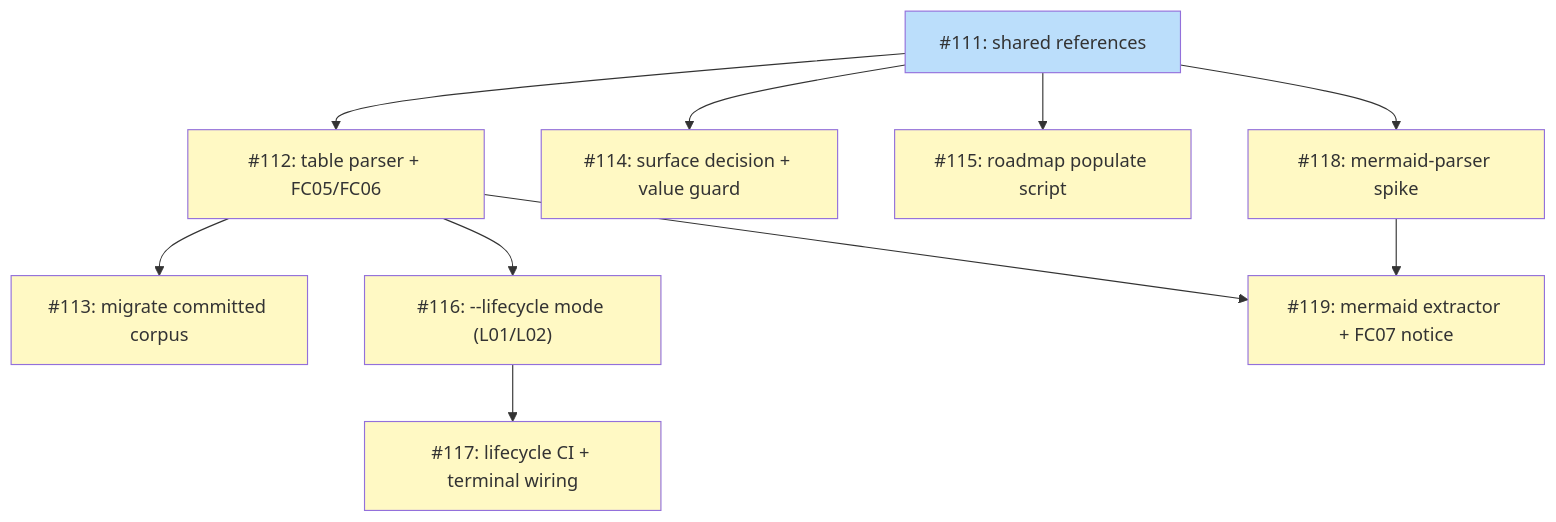
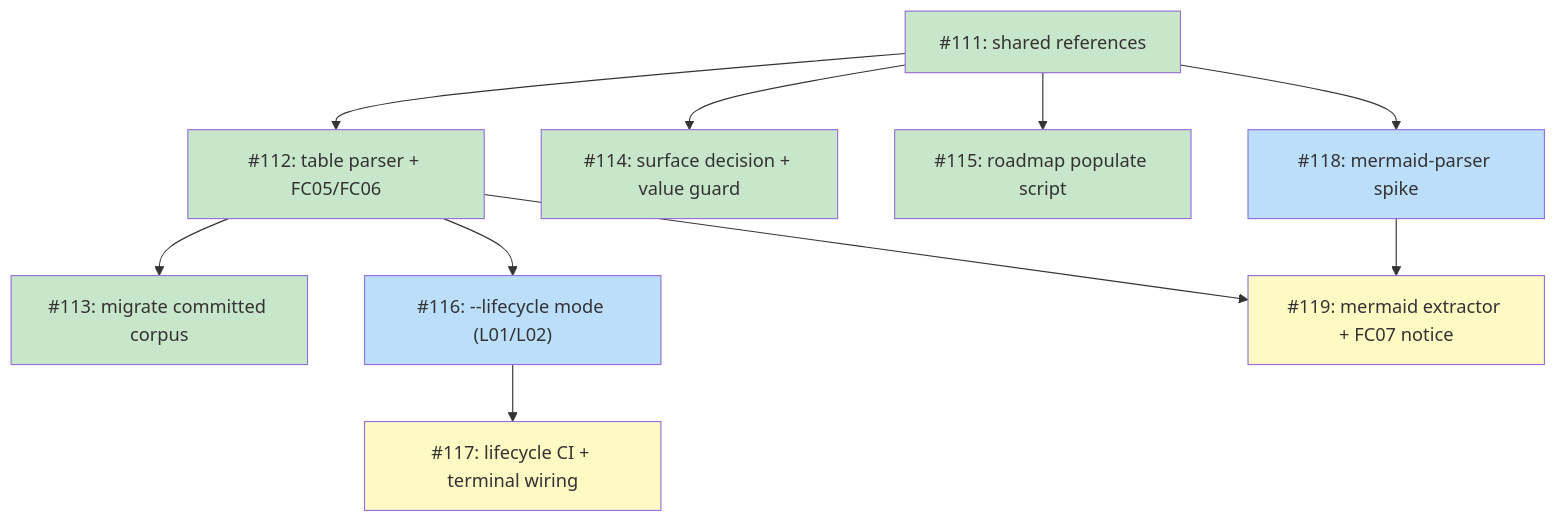
Before and after one commit to tsukumogami/shirabe: the diagram in docs/plans/PLAN-roadmap-plan-standardization.md, drawn with Mermaid.

Commit message:
docs(plan): sync dependency graph class assignments to issues-table status
Issues #111, #112, #113, #114, and #115 have merged and are struck
through in the Implementation Issues table, but the Dependency Graph at
the bottom of the same doc still showed the original Day-1 partition
(only I111 ready, everything else blocked). Recompute the partition
from the edge list and the done set: I111-I115 move to `done`; I116
(deps: I112) and I118 (deps: I111) are unblocked and move to `ready`;
I117 (deps: I116) and I119 (deps: I112, I118) stay `blocked` because
they still have at least one non-done dependency.

````diff
--- a/docs/plans/PLAN-roadmap-plan-standardization.md
+++ b/docs/plans/PLAN-roadmap-plan-standardization.md
@@ -87,35 +87,36 @@
 ```mermaid
 graph TD
     I111["#111: shared references"]
     I112["#112: table parser + FC05/FC06"]
     I113["#113: migrate committed corpus"]
     I114["#114: surface decision + value guard"]
     I115["#115: roadmap populate script"]
     I116["#116: --lifecycle mode (L01/L02)"]
     I117["#117: lifecycle CI + terminal wiring"]
     I118["#118: mermaid-parser spike"]
     I119["#119: mermaid extractor + FC07 notice"]
 
     I111 --> I112
     I111 --> I114
     I111 --> I115
     I111 --> I118
     I112 --> I113
     I112 --> I116
     I112 --> I119
     I116 --> I117
     I118 --> I119
 
     classDef done fill:#c8e6c9
     classDef ready fill:#bbdefb
     classDef blocked fill:#fff9c4
     classDef needsDesign fill:#e1bee7
     classDef needsPrd fill:#b3e5fc
     classDef needsSpike fill:#ffcdd2
     classDef needsDecision fill:#d1c4e9
     classDef tracksDesign fill:#FFE0B2,stroke:#F57C00,color:#000
     classDef tracksPlan fill:#FFE0B2,stroke:#F57C00,color:#000
 
-    class I111 ready
-    class I112,I113,I114,I115,I116,I117,I118,I119 blocked
+    class I111,I112,I113,I114,I115 done
+    class I116,I118 ready
+    class I117,I119 blocked
 ```
````
